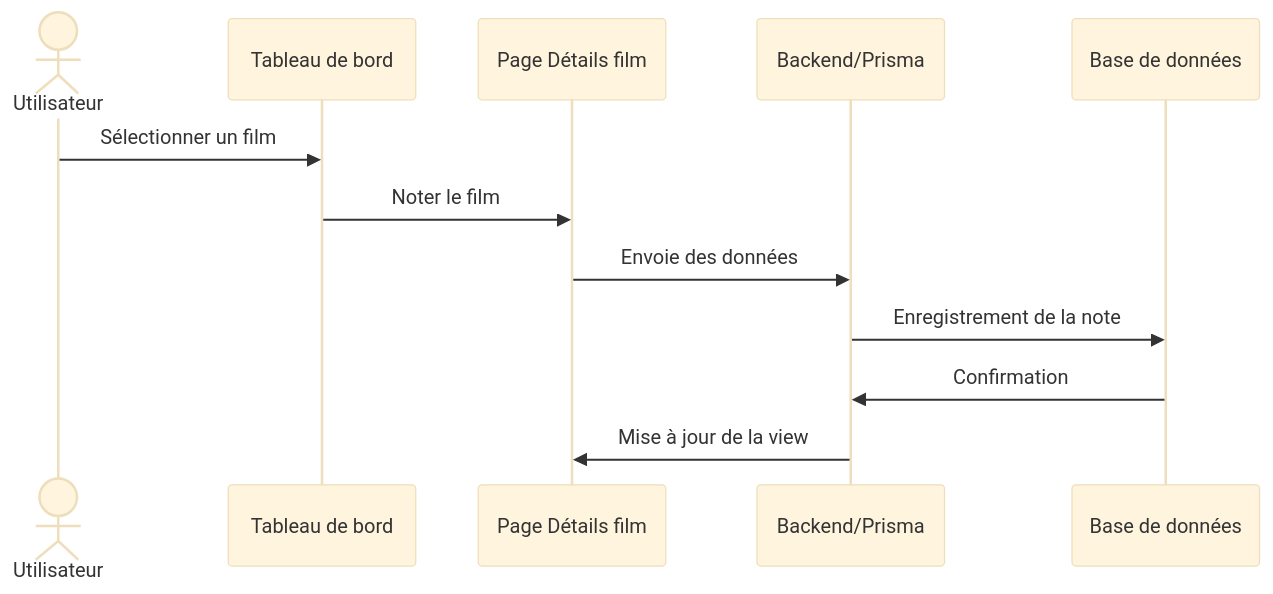
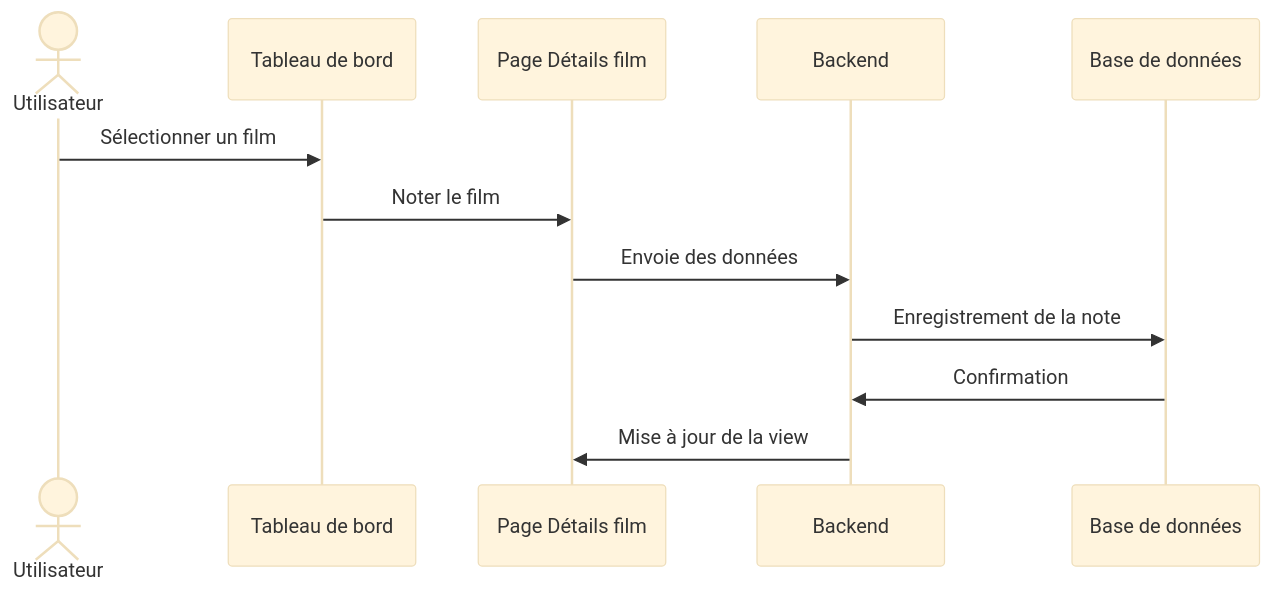
One commit to St4r4x/MovieMania changed the diagram in docs/conception/sequence_diagrams/conception/movie_notation.md. Above: the diagram before and after it, drawn with Mermaid (base theme).

````diff
--- a/docs/conception/sequence_diagrams/conception/movie_notation.md
+++ b/docs/conception/sequence_diagrams/conception/movie_notation.md
@@ -1,15 +1,15 @@
 ```mermaid
 sequenceDiagram
     actor Utilisateur
     participant Dashboard as Tableau de bord
     participant Dialogue as Page Détails film
-    participant Controleur as Backend/Prisma
+    participant Controleur as Backend
     participant Entite as Base de données
 
     Utilisateur ->> Dashboard: Sélectionner un film
     Dashboard ->> Dialogue: Noter le film
     Dialogue ->> Controleur: Envoie des données
     Controleur ->> Entite: Enregistrement de la note
     Entite ->> Controleur: Confirmation
     Controleur ->> Dialogue: Mise à jour de la view
 ```
````
